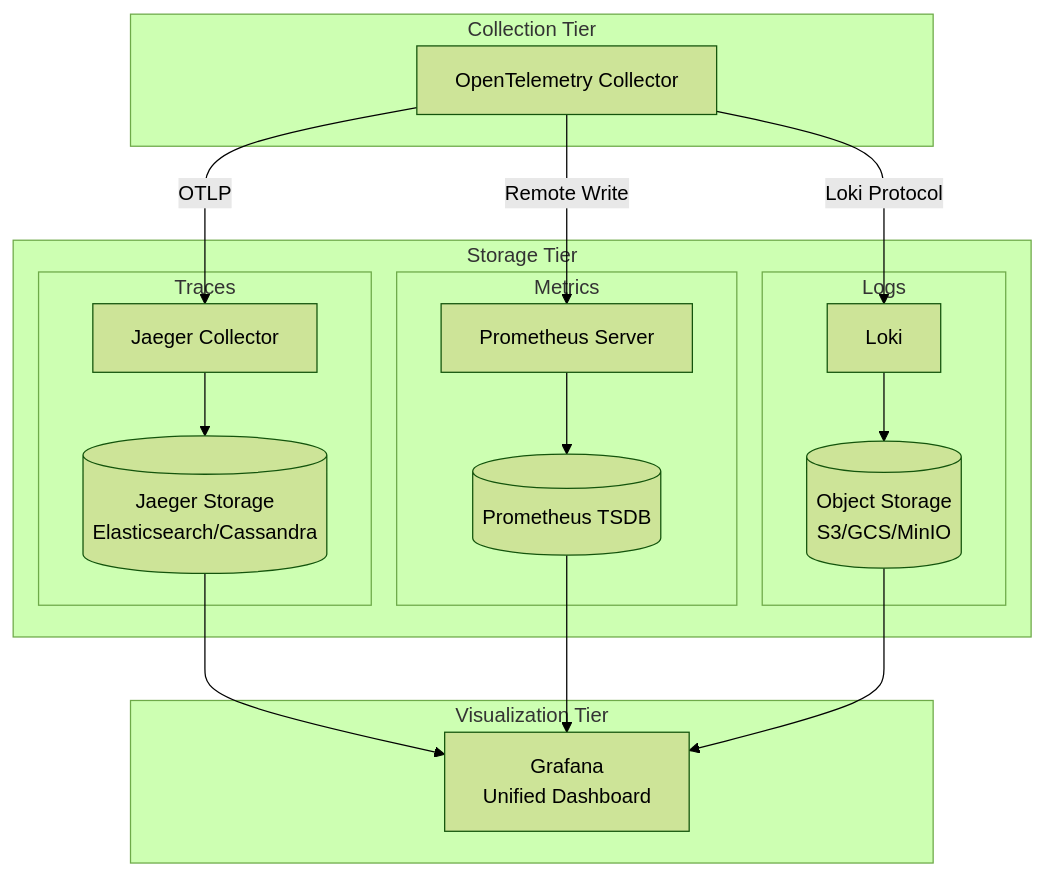
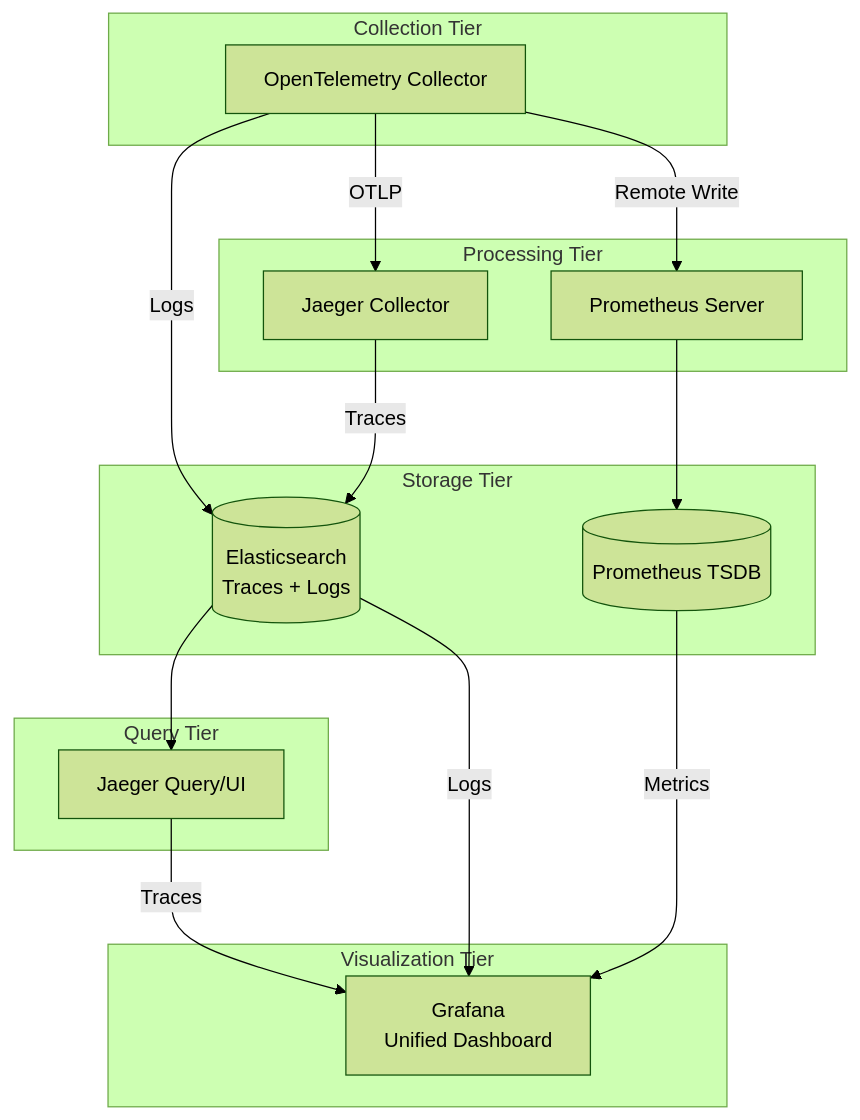
The third of 20 diagrams in ARCHITECTURE.md (tordynnar/architecture_ideas), drawn with Mermaid (forest theme) before and after one commit. The commit also changed other lines of this file, not shown here.

First line of the commit message:
Simplify architecture: consolidate on Elasticsearch for traces and logs

````diff
--- a/ARCHITECTURE.md
+++ b/ARCHITECTURE.md
@@ -169,37 +145,36 @@
 ```mermaid
 flowchart TB
     subgraph "Collection Tier"
         OTEL_COL[OpenTelemetry Collector]
     end
 
+    subgraph "Processing Tier"
+        JAEGER_COL[Jaeger Collector]
+        PROM_SRV[Prometheus Server]
+    end
+
     subgraph "Storage Tier"
-        subgraph "Traces"
-            JAEGER_COL[Jaeger Collector]
-            JAEGER_DB[(Jaeger Storage<br/>Elasticsearch/Cassandra)]
-        end
-        subgraph "Metrics"
-            PROM_SRV[Prometheus Server]
-            PROM_DB[(Prometheus TSDB)]
-        end
-        subgraph "Logs"
-            LOKI_SRV[Loki]
-            LOKI_DB[(Object Storage<br/>S3/GCS/MinIO)]
-        end
+        ES[(Elasticsearch<br/>Traces + Logs)]
+        PROM_DB[(Prometheus TSDB)]
+    end
+
+    subgraph "Query Tier"
+        JAEGER_Q[Jaeger Query/UI]
     end
 
     subgraph "Visualization Tier"
         GRAFANA[Grafana<br/>Unified Dashboard]
     end
 
     OTEL_COL -->|OTLP| JAEGER_COL
     OTEL_COL -->|Remote Write| PROM_SRV
-    OTEL_COL -->|Loki Protocol| LOKI_SRV
+    OTEL_COL -->|Logs| ES
 
-    JAEGER_COL --> JAEGER_DB
+    JAEGER_COL -->|Traces| ES
     PROM_SRV --> PROM_DB
-    LOKI_SRV --> LOKI_DB
 
-    JAEGER_DB --> GRAFANA
-    PROM_DB --> GRAFANA
-    LOKI_DB --> GRAFANA
+    ES --> JAEGER_Q
+    JAEGER_Q -->|Traces| GRAFANA
+    ES -->|Logs| GRAFANA
+    PROM_DB -->|Metrics| GRAFANA
 ```
````
